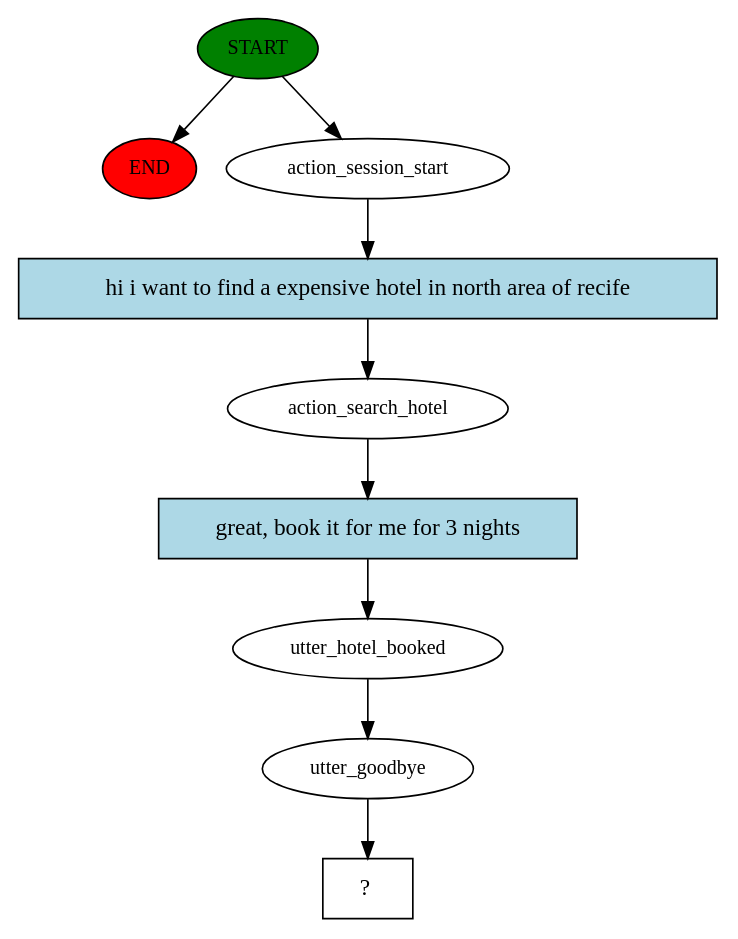
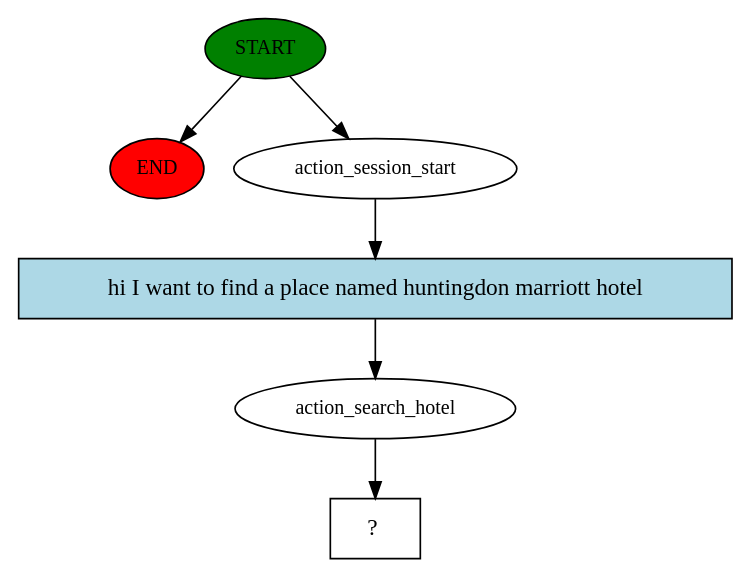
The diagram in rasa/story_graph.dot (Acesarsilva/Chatbot_for_Hotel_Service), drawn with Graphviz before and after one commit. The commit also changed 14 other files, not shown here.

```diff
--- a/rasa/story_graph.dot
+++ b/rasa/story_graph.dot
@@ -1,19 +1,13 @@
 digraph  {
 0 [class="start active", fillcolor=green, fontsize=12, label=START, style=filled];
 "-1" [class=end, fillcolor=red, fontsize=12, label=END, style=filled];
 1 [class=active, fontsize=12, label=action_session_start];
 2 [class=active, fontsize=12, label=action_search_hotel];
-3 [class=active, fontsize=12, label=utter_hotel_booked];
-4 [class=active, fontsize=12, label=utter_goodbye];
-5 [class="intent dashed active", label="  ?  ", shape=rect];
-6 [class="intent active", fillcolor=lightblue, label="hi i want to find a expensive hotel in north area of recife", shape=rect, style=filled];
-7 [class="intent active", fillcolor=lightblue, label="great, book it for me for 3 nights", shape=rect, style=filled];
+3 [class="intent dashed active", label="  ?  ", shape=rect];
+4 [class="intent active", fillcolor=lightblue, label="hi I want to find a place named huntingdon marriott hotel", shape=rect, style=filled];
 0 -> "-1"  [class="", key=NONE, label=""];
 0 -> 1  [class=active, key=NONE, label=""];
-1 -> 6  [class=active, key=0];
-2 -> 7  [class=active, key=0];
-3 -> 4  [class=active, key=NONE, label=""];
-4 -> 5  [class=active, key=NONE, label=""];
-6 -> 2  [class=active, key=0];
-7 -> 3  [class=active, key=0];
+1 -> 4  [class=active, key=0];
+2 -> 3  [class=active, key=NONE, label=""];
+4 -> 2  [class=active, key=0];
 }
```
